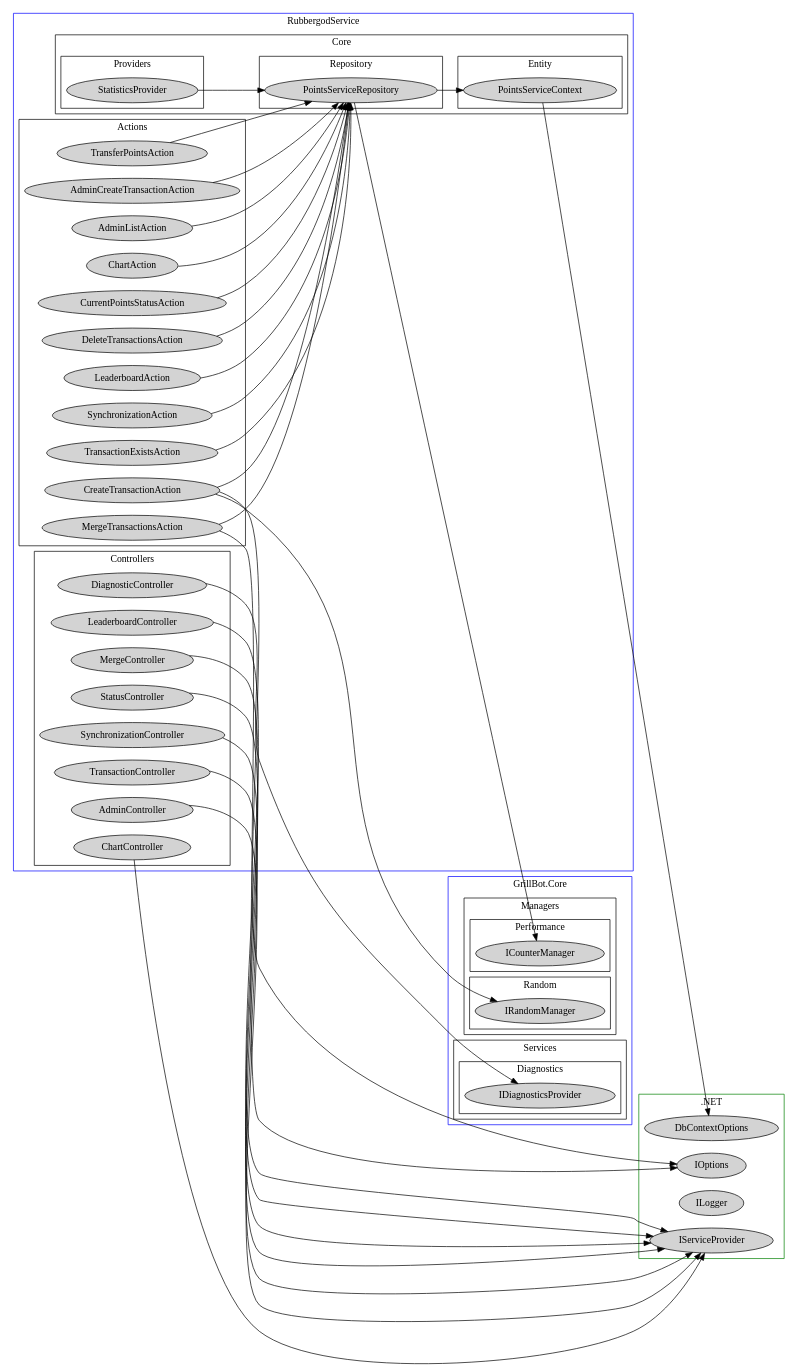
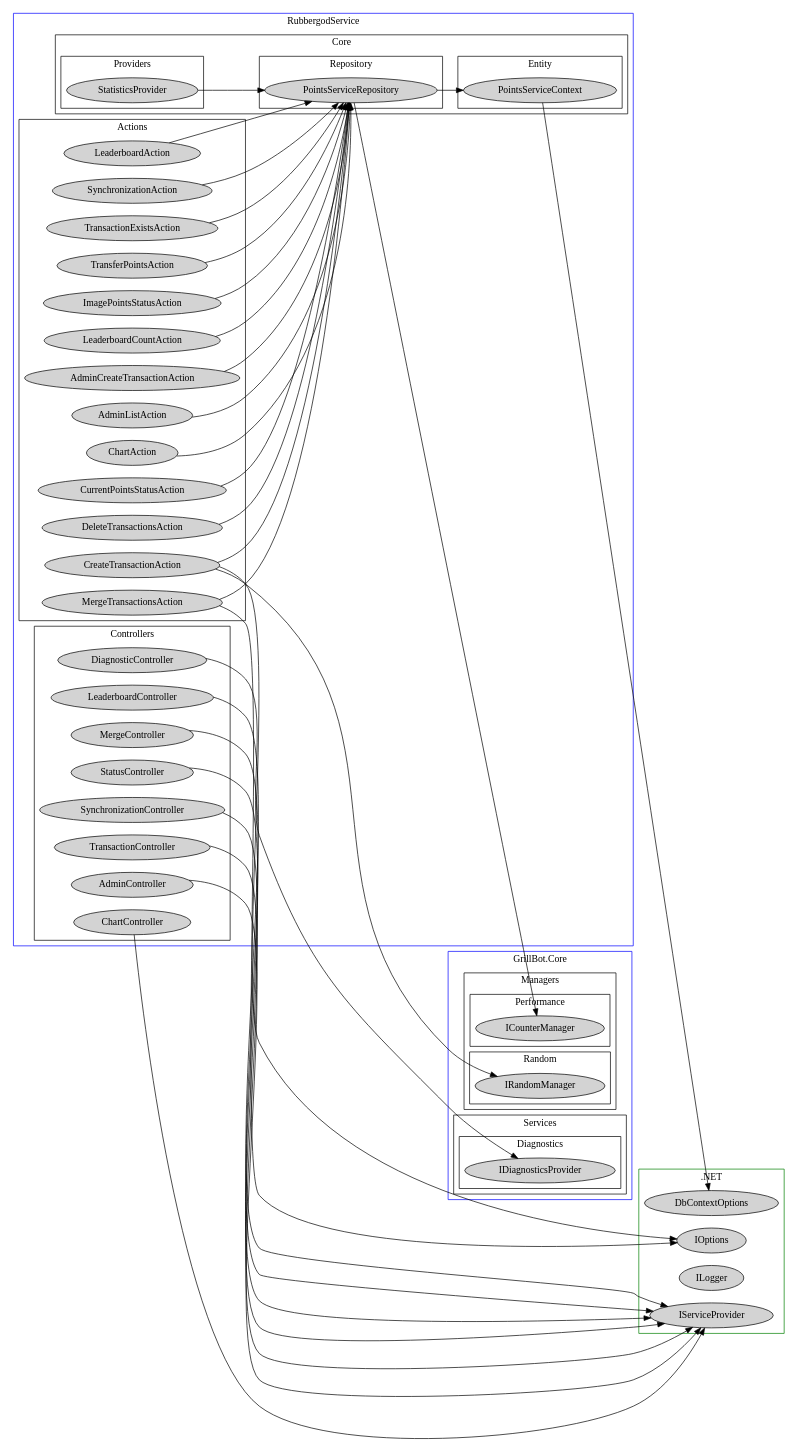
One commit to GrillBot/grillbot-docs changed the diagram in data/di-graph-points.dot. Above: the diagram before and after it, drawn with Graphviz. The commit also changed 1 other file, not shown here.

```diff
--- a/data/di-graph-points.dot
+++ b/data/di-graph-points.dot
@@ -1,148 +1,152 @@
 digraph GrillBot {
     rankdir=LR
 	
 	subgraph cluster_0 {
 		node [style=filled];
 		label = "RubbergodService";
 		color=blue
 		
         subgraph cluster_3_1 {
             node [style=filled];
             label="Actions";
             color=black;
             
             AdminCreateTransactionAction
             AdminListAction
             ChartAction
             CreateTransactionAction
             CurrentPointsStatusAction
             DeleteTransactionsAction
             LeaderboardAction
             MergeTransactionsAction
             SynchronizationAction
             TransactionExistsAction
             TransferPointsAction
+            ImagePointsStatusAction
+            LeaderboardCountAction
         }
         
         subgraph cluster_3_2 {
             node [style=filled];
             label="Controllers";
             color=black;
             
             AdminController
             ChartController
             DiagnosticController
             LeaderboardController
             MergeController
             StatusController
             SynchronizationController
             TransactionController
         }
         
         subgraph cluster_3_3 {
             node [style=filled];
             label="Core"
             color=black
             
             subgraph cluster_3_3_1 {
                 node [style=filled];
                 label="Entity"
                 color=black;
                 
                 PointsServiceContext
             }
             
             subgraph cluster_3_3_2 {
                 node [style=filled];
                 label="Providers"
                 color=black;
                 
                 StatisticsProvider
             }
             
             subgraph cluster_3_3_3 {
                 node [style=filled];
                 label="Repository"
                 color=black
                 
                 PointsServiceRepository
             }
         }
 	}
 	
 	subgraph cluster_4 {
 	    node [style=filled];
 	    label = "GrillBot.Core";
 	    color=blue
 	    
 	    subgraph cluster_4_1 {
 	        node [style=filled];
             label="Managers";
             color=black;
             
             subgraph cluster_4_1_2 {
 	            node [style=filled];
                 label="Performance";
                 color=black;
                 
                 ICounterManager
 	        }
 	        
 	        subgraph cluster_4_1_3 {
 	            node [style=filled];
                 label="Random";
                 color=black;
                 
                 IRandomManager
 	        }
 	    }
 	    
 	    subgraph cluster_4_2 {
 	        node [style=filled];
             label="Services";
             color=black;
 	        
 	        subgraph cluster_4_3 {
 	            node [style=filled];
                 label="Diagnostics";
                 color=black;
 	            
 	            IDiagnosticsProvider
 	        }
 	    }
 	}
 	
 	subgraph cluster_100 {
 	    node[style=filled];
 	    label = ".NET"
 	    color=green
 	    
 	    IServiceProvider
 	    DbContextOptions
 	    ILogger
 	    IOptions
 	}
 	
 	AdminCreateTransactionAction -> { PointsServiceRepository }
 	AdminListAction -> { PointsServiceRepository }
 	ChartAction -> { PointsServiceRepository }
 	CreateTransactionAction -> { PointsServiceRepository IOptions IRandomManager }
 	CurrentPointsStatusAction -> { PointsServiceRepository }
 	DeleteTransactionsAction -> { PointsServiceRepository }
 	LeaderboardAction -> { PointsServiceRepository }
 	MergeTransactionsAction -> { PointsServiceRepository IOptions }
 	SynchronizationAction -> { PointsServiceRepository }
 	TransactionExistsAction -> { PointsServiceRepository }
 	TransferPointsAction -> { PointsServiceRepository }
 	AdminController -> { IServiceProvider }
 	ChartController -> { IServiceProvider }
 	DiagnosticController -> { IDiagnosticsProvider }
 	LeaderboardController -> { IServiceProvider }
 	MergeController -> { IServiceProvider }
 	StatusController -> { IServiceProvider }
 	SynchronizationController -> { IServiceProvider }
 	TransactionController -> { IServiceProvider }
 	PointsServiceContext -> { DbContextOptions }
 	StatisticsProvider -> { PointsServiceRepository }
 	PointsServiceRepository -> { PointsServiceContext ICounterManager }
+	ImagePointsStatusAction -> { PointsServiceRepository }
+	LeaderboardCountAction -> { PointsServiceRepository }
 }
```
